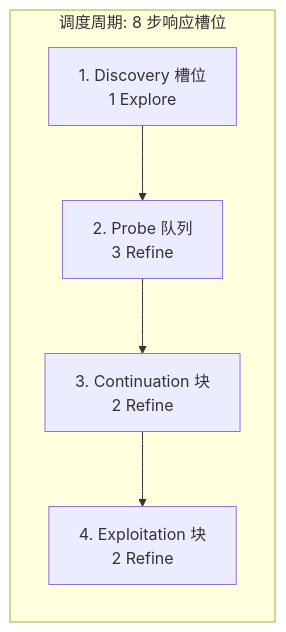
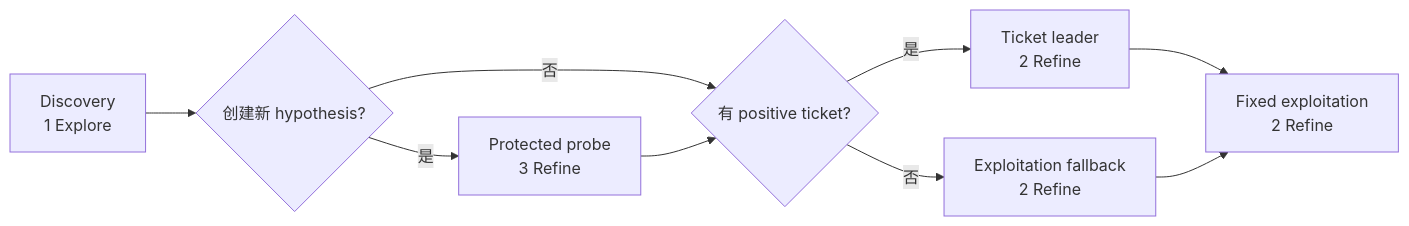
The diagram in docs/methods/TraceAAD-v9.8完整机制设计.md (Fangziyang0910/LLM4AD), drawn with Mermaid before and after one commit. The commit also changed other lines of this file and 6 other files, not shown here.

````diff
--- a/docs/methods/TraceAAD-v9.8完整机制设计.md
+++ b/docs/methods/TraceAAD-v9.8完整机制设计.md
@@ -193,8 +226,11 @@
 ```mermaid
 flowchart LR
-    subgraph Cycle [调度周期: 8 步响应槽位]
-        D[1. Discovery 槽位 <br/> 1 Explore] --> P[2. Probe 队列 <br/> 3 Refine]
-        P --> C[3. Continuation 块 <br/> 2 Refine]
-        C --> E[4. Exploitation 块 <br/> 2 Refine]
-    end
+    D["Discovery<br/>1 Explore"] --> Q{创建新 hypothesis?}
+    Q -->|是| P["Protected probe<br/>3 Refine"]
+    Q -->|否| T{有 positive ticket?}
+    P --> T
+    T -->|是| C["Ticket leader<br/>2 Refine"]
+    T -->|否| F["Exploitation fallback<br/>2 Refine"]
+    C --> E["Fixed exploitation<br/>2 Refine"]
+    F --> E
 ```
````
